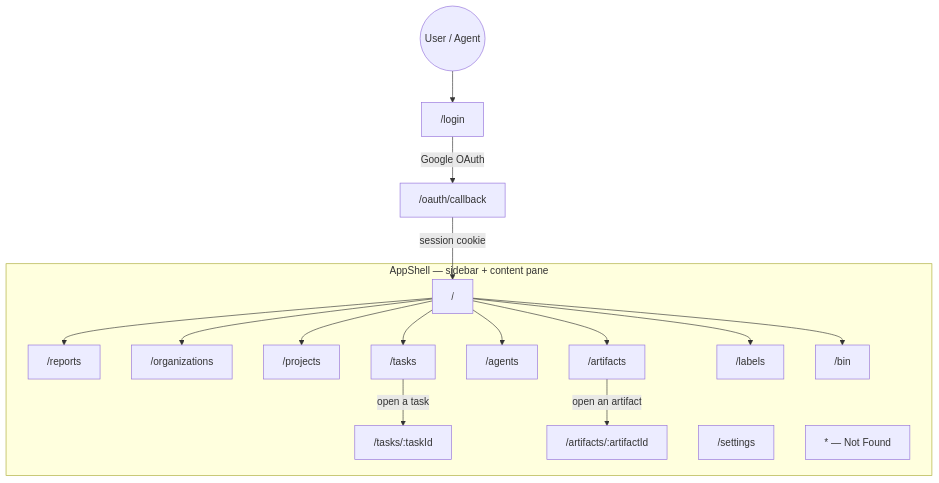
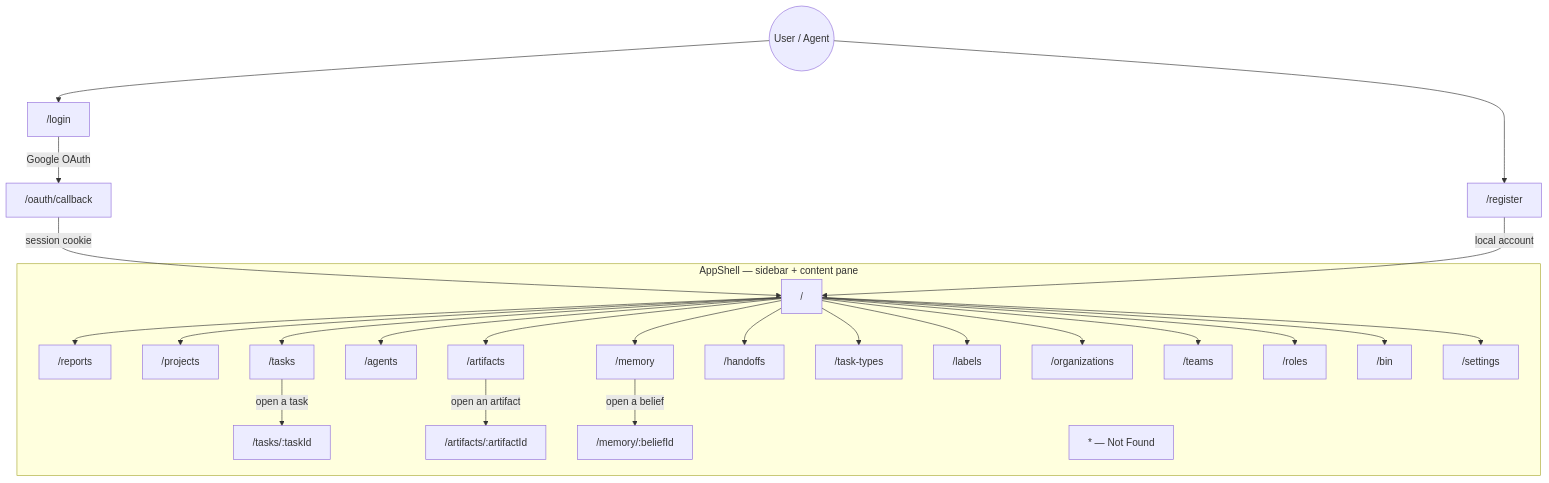
The diagram in .specs/design/NAVIGATION.md (huyz0/tasker), drawn with Mermaid before and after one commit. The commit also changed other lines of this file and 3 other files, not shown here.

````diff
--- a/.specs/design/NAVIGATION.md
+++ b/.specs/design/NAVIGATION.md
@@ -16,34 +17,49 @@
 ```mermaid
 graph TD
     Entry((User / Agent)) --> Login["/login"]
+    Entry --> Register["/register"]
     Login -->|Google OAuth| Callback["/oauth/callback"]
     Callback -->|session cookie| Root["/"]
+    Register -->|local account| Root
 
     subgraph Shell["AppShell — sidebar + content pane"]
         Root
         Reports["/reports"]
-        Orgs["/organizations"]
         Projects["/projects"]
         Tasks["/tasks"]
         TaskDetail["/tasks/:taskId"]
         Agents["/agents"]
         Artifacts["/artifacts"]
         ArtifactDetail["/artifacts/:artifactId"]
+        Memory["/memory"]
+        BeliefDetail["/memory/:beliefId"]
+        Handoffs["/handoffs"]
+        TaskTypes["/task-types"]
         Labels["/labels"]
+        Orgs["/organizations"]
+        Teams["/teams"]
+        Roles["/roles"]
         Bin["/bin"]
         Settings["/settings"]
         NotFound["* — Not Found"]
     end
 
     Root --> Reports
-    Root --> Orgs
     Root --> Projects
     Root --> Tasks
     Root --> Agents
     Root --> Artifacts
+    Root --> Memory
+    Root --> Handoffs
+    Root --> TaskTypes
     Root --> Labels
+    Root --> Orgs
+    Root --> Teams
+    Root --> Roles
     Root --> Bin
+    Root --> Settings
 
     Tasks -->|open a task| TaskDetail
     Artifacts -->|open an artifact| ArtifactDetail
+    Memory -->|open a belief| BeliefDetail
 ```
````
